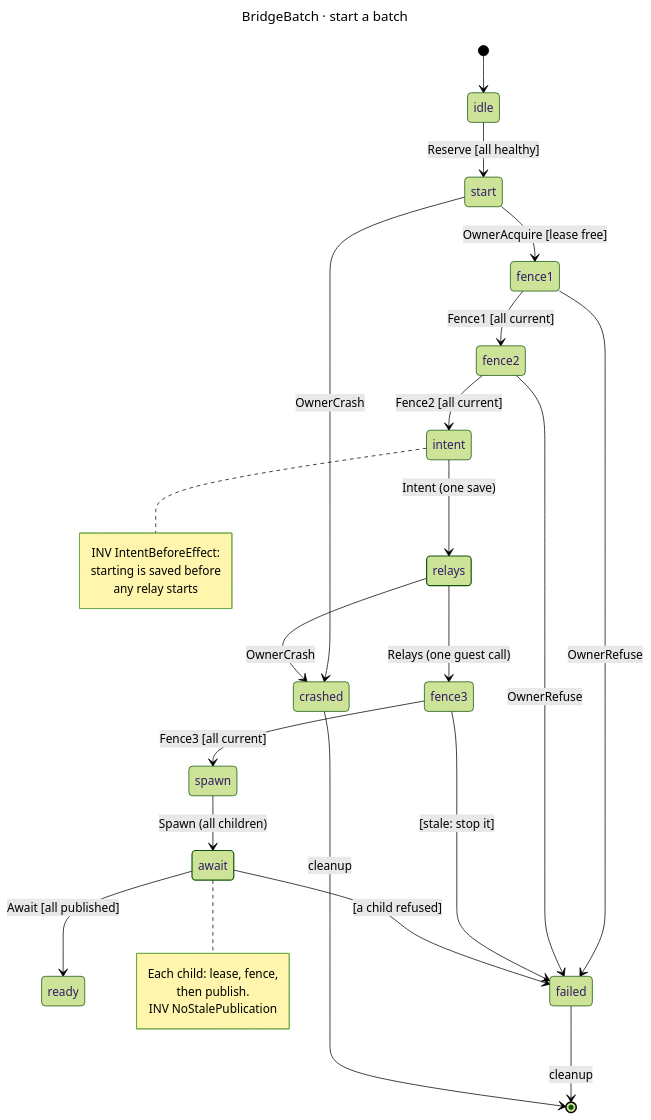
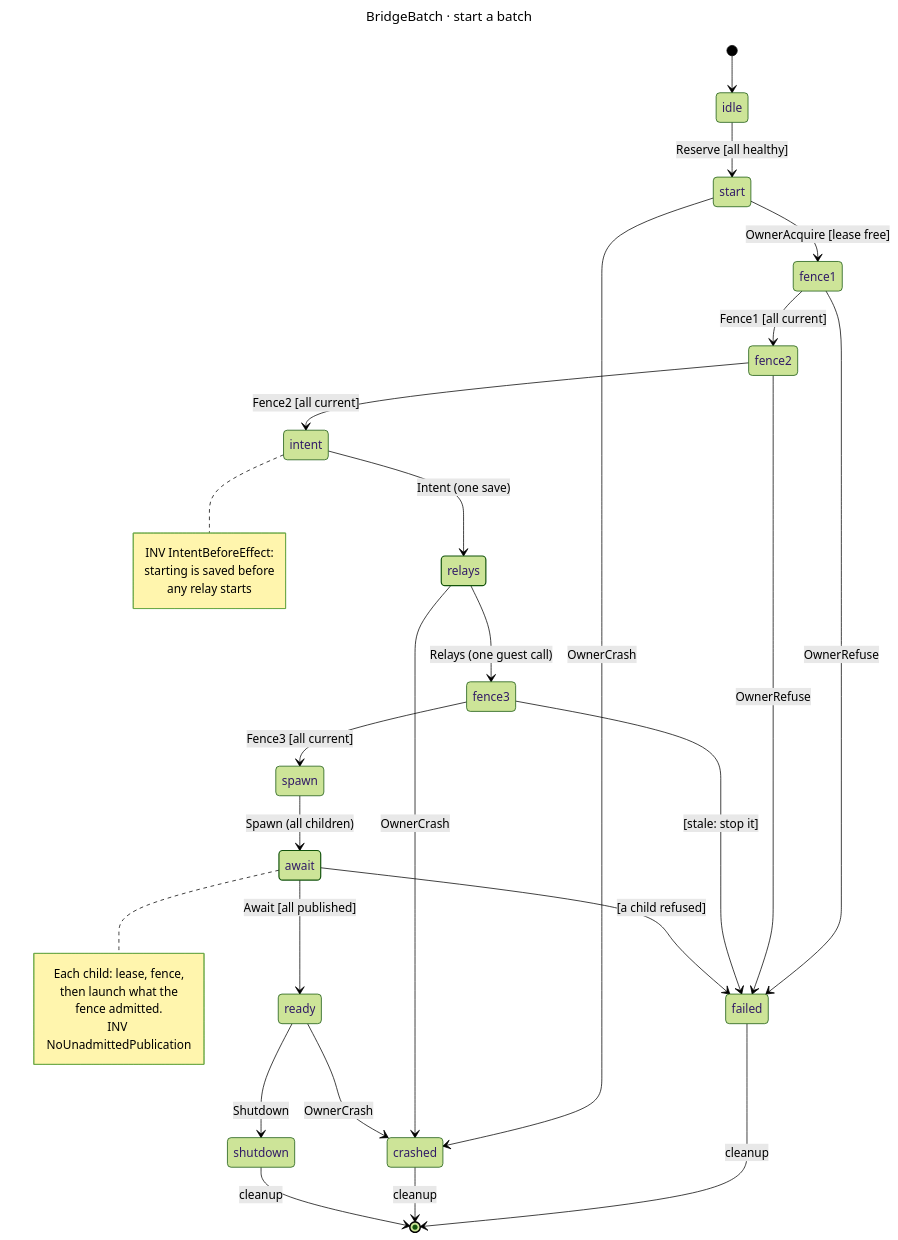
One commit to hack-dance/hack changed the diagram in docs/assets/diagrams/bridge-batch-start.mmd. Above: the diagram before and after it, drawn with Mermaid (forest theme). The commit also changed 9 other files, not shown here.

First line of the commit message:
test(models): release after ready, and the child's fence apart from its launch

```diff
--- a/docs/assets/diagrams/bridge-batch-start.mmd
+++ b/docs/assets/diagrams/bridge-batch-start.mmd
@@ -1,37 +1,41 @@
 ---
 title: BridgeBatch · start a batch
 ---
 stateDiagram-v2
   direction TB
   classDef live stroke-width:1.6px
   [*] --> idle
   idle --> start : Reserve [all healthy]
   start --> fence1 : OwnerAcquire [lease free]
   fence1 --> fence2 : Fence1 [all current]
   fence2 --> intent : Fence2 [all current]
   intent --> relays : Intent (one save)
   relays --> fence3 : Relays (one guest call)
   fence3 --> spawn : Fence3 [all current]
   spawn --> await : Spawn (all children)
   await --> ready : Await [all published]
   fence1 --> failed : OwnerRefuse
   fence2 --> failed : OwnerRefuse
   fence3 --> failed : [stale: stop it]
   await --> failed : [a child refused]
   start --> crashed : OwnerCrash
   relays --> crashed : OwnerCrash
+  ready --> shutdown : Shutdown
+  ready --> crashed : OwnerCrash
   failed --> [*] : cleanup
   crashed --> [*] : cleanup
+  shutdown --> [*] : cleanup
   note right of intent
     INV IntentBeforeEffect:
     starting is saved before
     any relay starts
   end note
   note right of await
     Each child: lease, fence,
-    then publish.
-    INV NoStalePublication
+    then launch what the
+    fence admitted.
+    INV NoUnadmittedPublication
   end note
   class relays,await live
   class ready ok
   class failed,crashed fail
```
